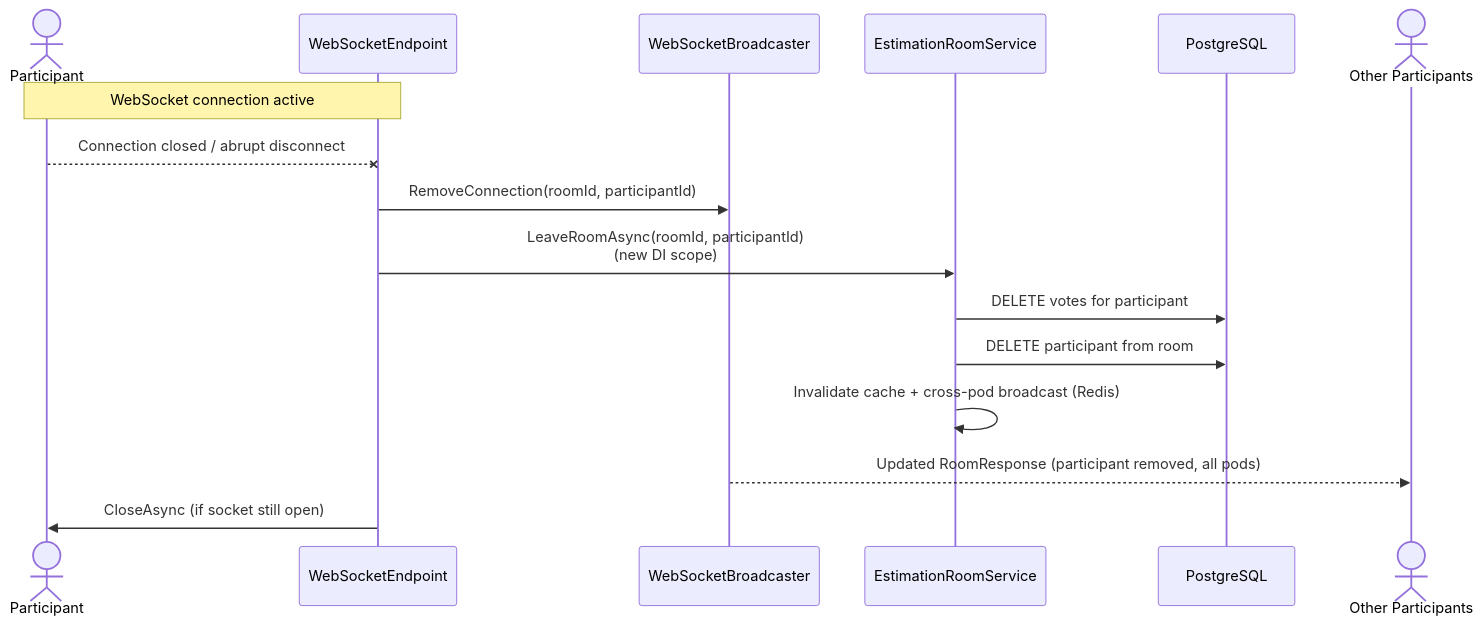
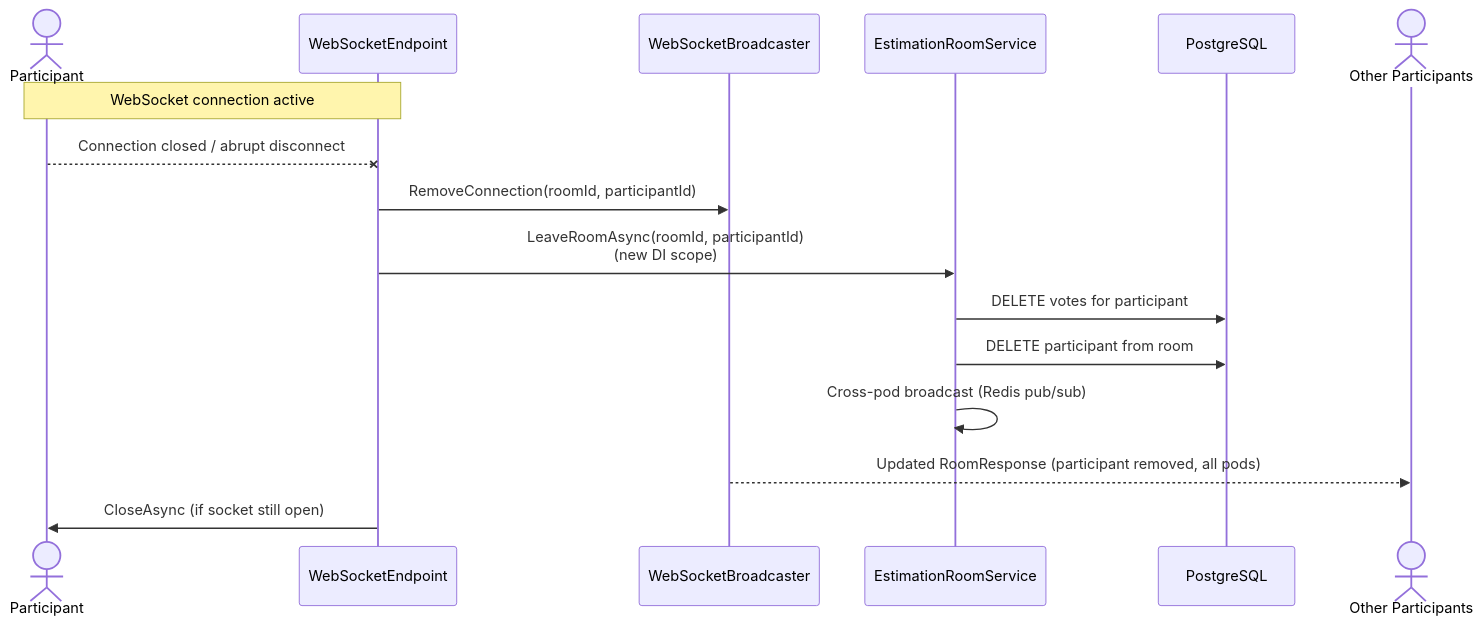
The fourth of 11 diagrams in Overflow.EstimationService/README.md (HeliosPersonal/overflow), drawn with Mermaid before and after one commit. The commit also changed other lines of this file and 13 other files, not shown here.

Commit message:
refactor: simplify room state management by removing cache invalidation and directly broadcasting updates via Redis

````diff
--- a/Overflow.EstimationService/README.md
+++ b/Overflow.EstimationService/README.md
@@ -281,22 +276,22 @@
 ```mermaid
 sequenceDiagram
     actor User as Participant
     participant WSE as WebSocketEndpoint
     participant WS as WebSocketBroadcaster
     participant SVC as EstimationRoomService
     participant DB as PostgreSQL
     actor Others as Other Participants
 
     Note over User,WSE: WebSocket connection active
 
     User--xWSE: Connection closed / abrupt disconnect
 
     WSE->>WS: RemoveConnection(roomId, participantId)
     WSE->>SVC: LeaveRoomAsync(roomId, participantId)<br/>(new DI scope)
     SVC->>DB: DELETE votes for participant
     SVC->>DB: DELETE participant from room
-    SVC->>SVC: Invalidate cache + cross-pod broadcast (Redis)
+    SVC->>SVC: Cross-pod broadcast (Redis pub/sub)
     WS-->>Others: Updated RoomResponse (participant removed, all pods)
 
     WSE->>User: CloseAsync (if socket still open)
 ```
````
